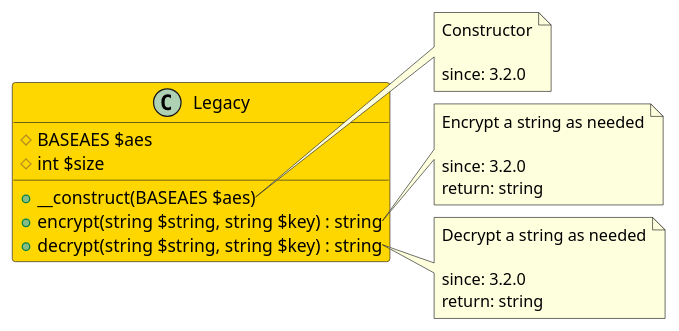
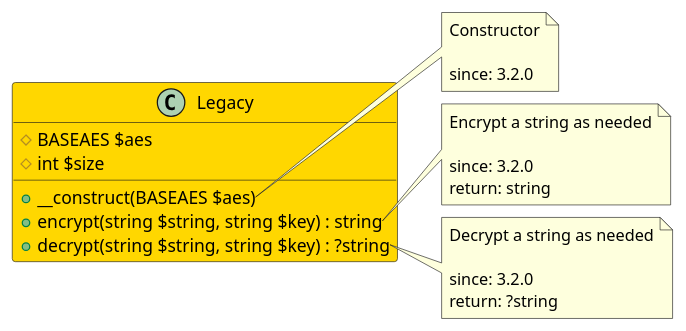
The diagram in src/437af6b0-ca02-49d7-8739-4edfc8a9ccb0/README.md (joomengine/phpseclib), drawn with PlantUML before and after one commit. The commit also changed 23 other files, not shown here.

````diff
--- a/src/437af6b0-ca02-49d7-8739-4edfc8a9ccb0/README.md
+++ b/src/437af6b0-ca02-49d7-8739-4edfc8a9ccb0/README.md
@@ -11,32 +11,32 @@
 ```uml
 @startuml
 class Legacy  #Gold {
   # BASEAES $aes
   # int $size
   + __construct(BASEAES $aes)
   + encrypt(string $string, string $key) : string
-  + decrypt(string $string, string $key) : string
+  + decrypt(string $string, string $key) : ?string
 }
 
 note right of Legacy::__construct
   Constructor
 
   since: 3.2.0
 end note
 
 note right of Legacy::encrypt
   Encrypt a string as needed
 
   since: 3.2.0
   return: string
 end note
 
 note right of Legacy::decrypt
   Decrypt a string as needed
 
   since: 3.2.0
-  return: string
+  return: ?string
 end note
  
 @enduml
 ```
````
